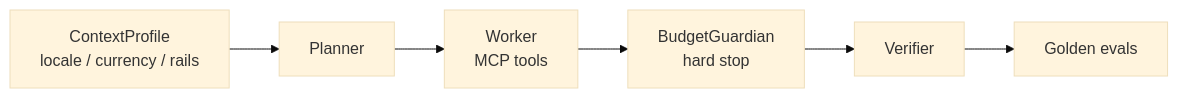
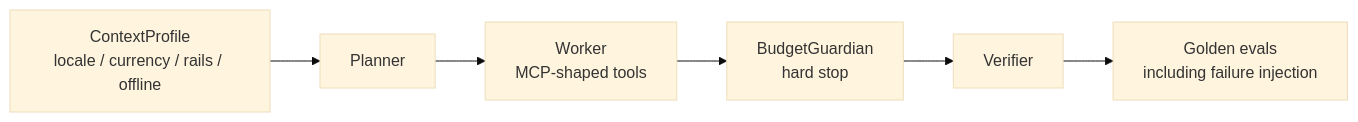
One commit to Logonotobscurity/AgentBridge-Africa changed the diagram in README.md. Above: the diagram before and after it, drawn with Mermaid (base theme). The commit also changed other lines of this file, not shown here.

Commit message:
Align README with hard-budget and regional context architecture

````diff
--- a/README.md
+++ b/README.md
@@ -20,8 +21,8 @@
 ```mermaid
 flowchart LR
-  A[ContextProfile<br/>locale / currency / rails] --> B[Planner]
-  B --> C[Worker<br/>MCP tools]
+  A[ContextProfile<br/>locale / currency / rails / offline] --> B[Planner]
+  B --> C[Worker<br/>MCP-shaped tools]
   C --> D[BudgetGuardian<br/>hard stop]
   D --> E[Verifier]
-  E --> F[Golden evals]
+  E --> F[Golden evals<br/>including failure injection]
 ```
````
